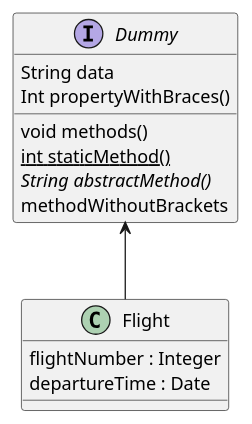
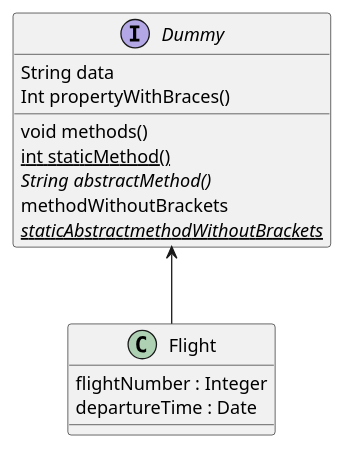
One commit to Tomas124589/pyplaml changed the diagram in examples/07_class_body.puml. Above: the diagram before and after it, drawn with PlantUML. The commit also changed 9 other files, not shown here.

```diff
--- a/examples/07_class_body.puml
+++ b/examples/07_class_body.puml
@@ -1,18 +1,19 @@
 @startuml "Class Body"
 interface Dummy {
   String data
   {field} Int propertyWithBraces()
 
   void methods()
   {static} int staticMethod()
   {abstract} String abstractMethod()
   {method} methodWithoutBrackets
+  {static} staticAbstractmethodWithoutBrackets {abstract} {method}
 }
 
 class Flight {
    flightNumber : Integer
    departureTime : Date
 }
 
 Dummy <-- Flight
 @enduml
```
